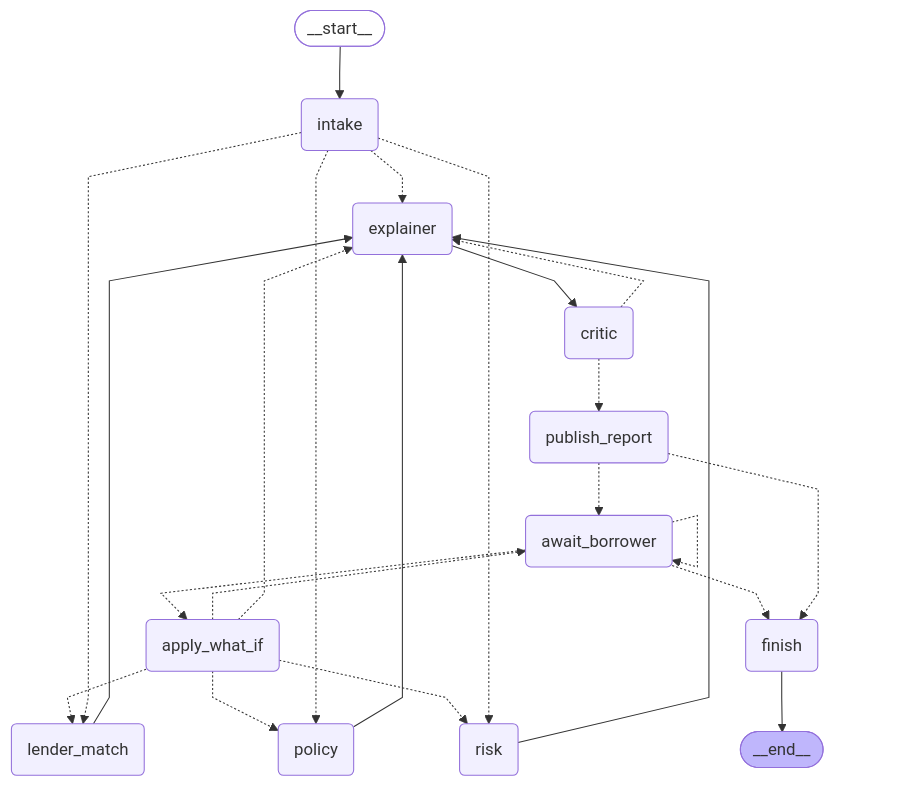
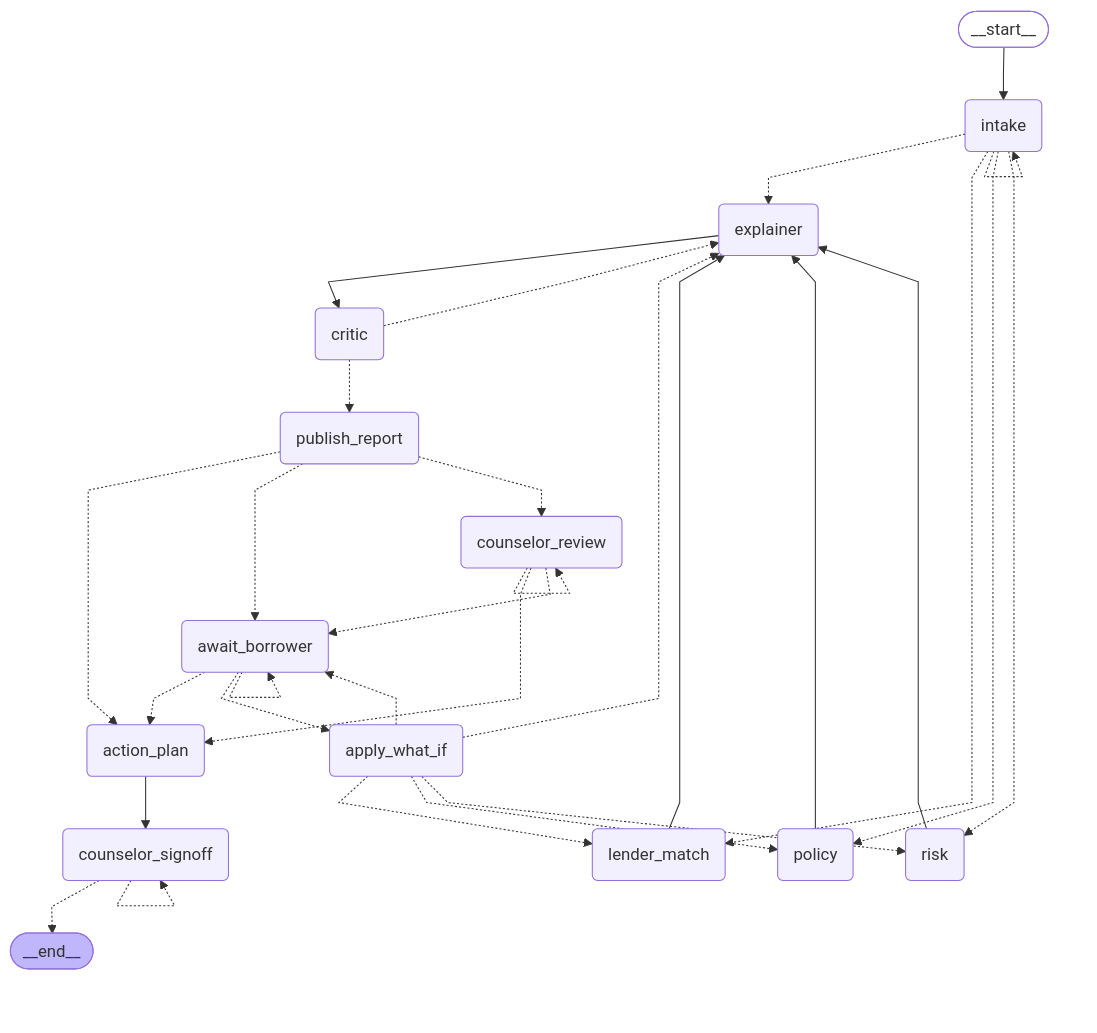
Before and after one commit to PeterThaggardGWU/ISTM6227-Loan-Counselor: the diagram in orchestrator/docs/graph.mmd, drawn with Mermaid. The commit also changed 58 other files, not shown here.

```diff
--- a/orchestrator/docs/graph.mmd
+++ b/orchestrator/docs/graph.mmd
@@ -1,43 +1,52 @@
 ---
 config:
   flowchart:
     curve: linear
 ---
 graph TD;
 	__start__([<p>__start__</p>]):::first
 	intake(intake)
 	lender_match(lender_match)
 	risk(risk)
 	policy(policy)
 	explainer(explainer)
 	critic(critic)
 	publish_report(publish_report)
+	counselor_review(counselor_review)
 	await_borrower(await_borrower)
 	apply_what_if(apply_what_if)
-	finish(finish)
+	action_plan(action_plan)
+	counselor_signoff(counselor_signoff)
 	__end__([<p>__end__</p>]):::last
 	__start__ --> intake;
+	action_plan --> counselor_signoff;
 	apply_what_if -.-> await_borrower;
 	apply_what_if -.-> explainer;
 	apply_what_if -.-> lender_match;
 	apply_what_if -.-> policy;
 	apply_what_if -.-> risk;
+	await_borrower -.-> action_plan;
 	await_borrower -.-> apply_what_if;
-	await_borrower -.-> finish;
+	counselor_review -.-> action_plan;
+	counselor_review -.-> await_borrower;
+	counselor_signoff -.-> __end__;
 	critic -.-> explainer;
 	critic -.-> publish_report;
 	explainer --> critic;
 	intake -.-> explainer;
 	intake -.-> lender_match;
 	intake -.-> policy;
 	intake -.-> risk;
 	lender_match --> explainer;
 	policy --> explainer;
+	publish_report -.-> action_plan;
 	publish_report -.-> await_borrower;
-	publish_report -.-> finish;
+	publish_report -.-> counselor_review;
 	risk --> explainer;
-	finish --> __end__;
 	await_borrower -.-> await_borrower;
+	counselor_review -.-> counselor_review;
+	counselor_signoff -.-> counselor_signoff;
+	intake -.-> intake;
 	classDef default fill:#f2f0ff,line-height:1.2
 	classDef first fill-opacity:0
 	classDef last fill:#bfb6fc
```
